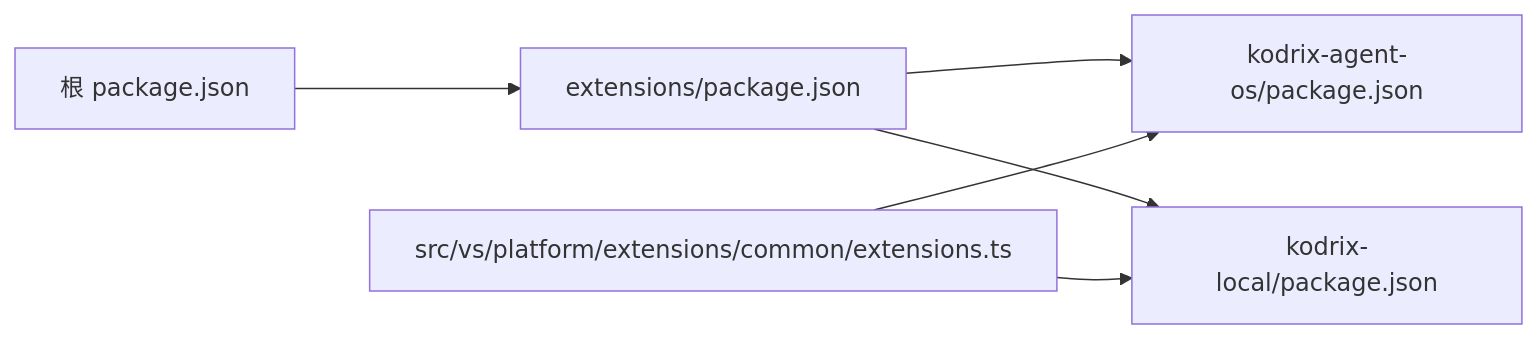
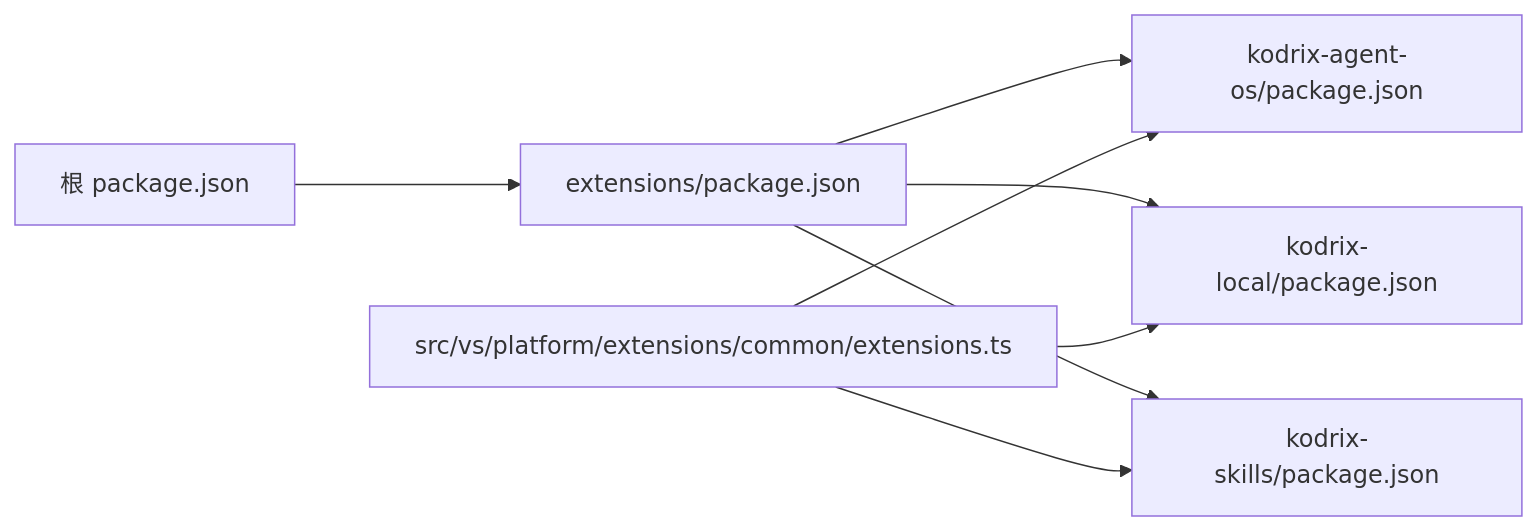
The eighth of 8 diagrams in .qoder/repowiki/zh/content/扩展开发/扩展开发.md (sofate798/KodrixCode), drawn with Mermaid before and after one commit. The commit also changed other lines of this file and 84 other files, not shown here.

````diff
--- a/.qoder/repowiki/zh/content/扩展开发/扩展开发.md
+++ b/.qoder/repowiki/zh/content/扩展开发/扩展开发.md
@@ -229,8 +245,10 @@
 ```mermaid
 graph LR
 Root["根 package.json"] --> ExtPkg["extensions/package.json"]
 ExtPkg --> AgentOS["kodrix-agent-os/package.json"]
 ExtPkg --> Local["kodrix-local/package.json"]
+ExtPkg --> Skills["kodrix-skills/package.json"]
 Types["src/vs/platform/extensions/common/extensions.ts"] --> AgentOS
 Types --> Local
+Types --> Skills
 ```
````
